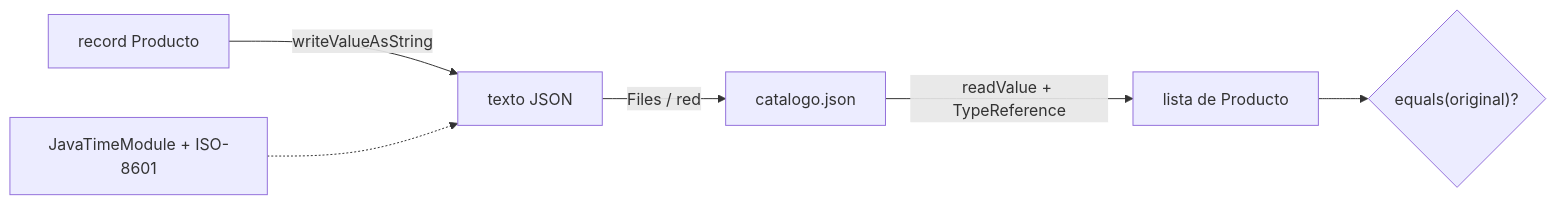
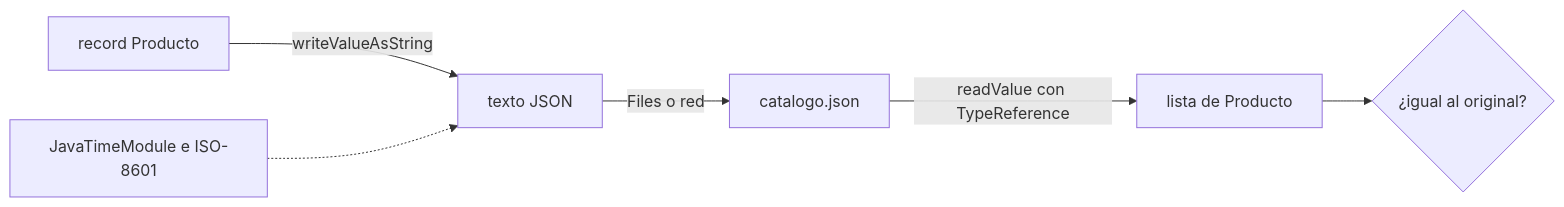
Before and after one commit to NICORUIZ93/The_Imperial_Book: the second of 3 diagrams in web/public/content/java/modulo-6.md, drawn with Mermaid. The commit also changed other lines of this file and 65 other files, not shown here.

````diff
--- a/web/public/content/java/modulo-6.md
+++ b/web/public/content/java/modulo-6.md
@@ -498,8 +674,8 @@
 ```mermaid
 flowchart LR
   O["record Producto"] -->|"writeValueAsString"| J["texto JSON"]
-  J -->|"Files / red"| X["catalogo.json"]
-  X -->|"readValue + TypeReference"| L["lista de Producto"]
-  L --> C{"equals(original)?"}
-  M["JavaTimeModule + ISO-8601"] -.-> J
+  J -->|"Files o red"| X["catalogo.json"]
+  X -->|"readValue con TypeReference"| L["lista de Producto"]
+  L --> C{"¿igual al original?"}
+  M["JavaTimeModule e ISO-8601"] -.-> J
 ```
````
